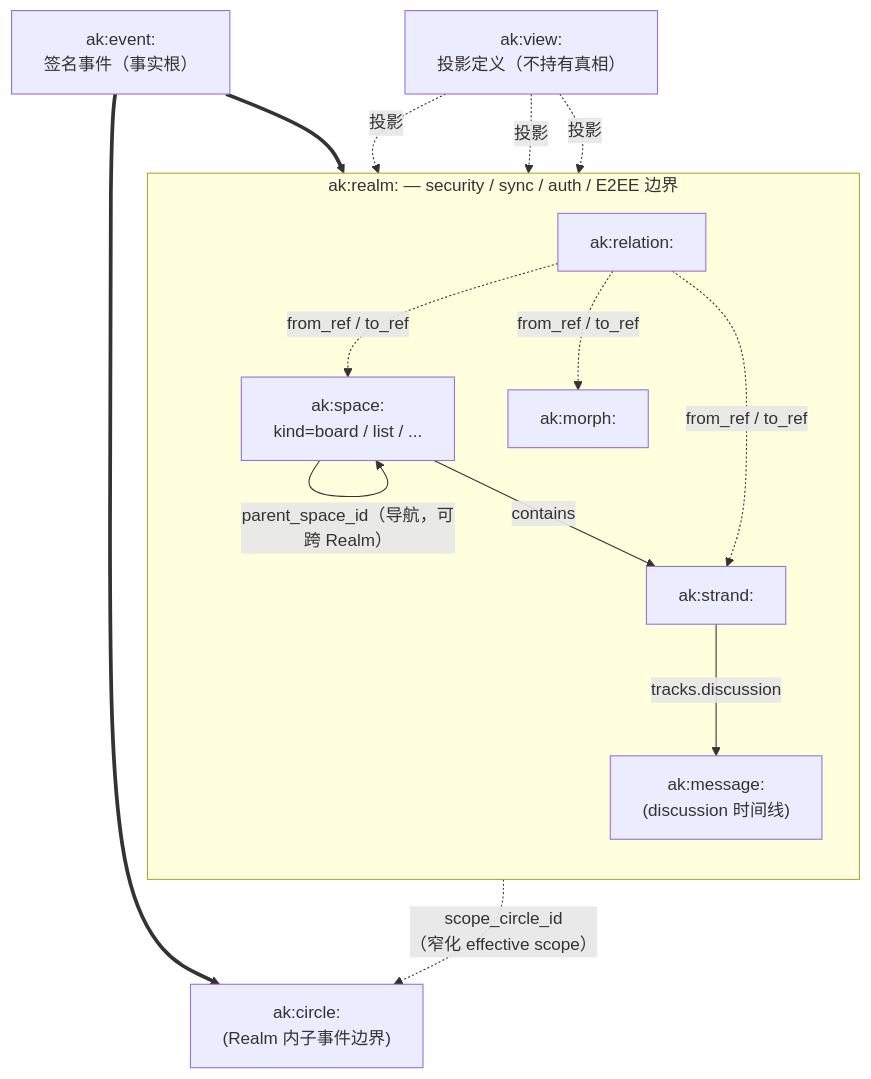
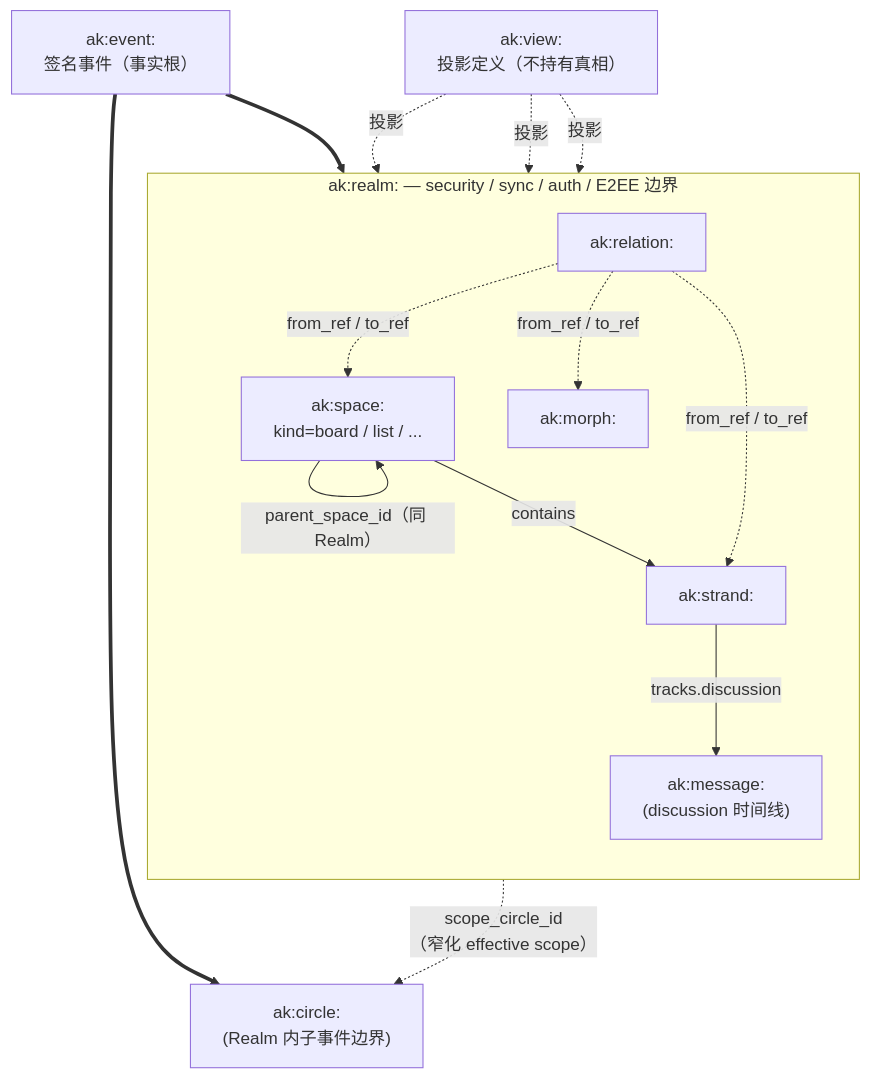
Before and after one commit to arkret-org/arkret-spec: the diagram in spec/v1/zh/models/overview.md, drawn with Mermaid. The commit also changed other lines of this file and 21 other files, not shown here.

Commit message:
fix(spec): constrain Space structure to its Realm

````diff
--- a/spec/v1/zh/models/overview.md
+++ b/spec/v1/zh/models/overview.md
@@ -93,31 +93,31 @@
 ```mermaid
 flowchart TB
     Event["ak:event:<br/>签名事件（事实根）"]
 
     subgraph SP ["ak:realm: — security / sync / auth / E2EE 边界"]
         direction TB
         Space["ak:space:<br/>kind=board / list / ..."]
         Strand["ak:strand:"]
         Morph["ak:morph:"]
         Msg["ak:message:<br/>(discussion 时间线)"]
         Rel["ak:relation:"]
 
         Space -- "contains" --> Strand
-        Space -- "parent_space_id（导航，可跨 Realm）" --> Space
+        Space -- "parent_space_id（同 Realm）" --> Space
         Strand -- "tracks.discussion" --> Msg
         Rel -. "from_ref / to_ref" .-> Strand
         Rel -. "from_ref / to_ref" .-> Morph
         Rel -. "from_ref / to_ref" .-> Space
     end
 
     Circle["ak:circle:<br/>(Realm 内子事件边界)"]
     Strand -. "scope_circle_id<br/>（窄化 effective scope）" .-> Circle
 
     View["ak:view:<br/>投影定义（不持有真相）"]
     View -. "投影" .-> Strand
     View -. "投影" .-> Space
     View -. "投影" .-> Msg
 
     Event ==> SP
     Event ==> Circle
 ```
````
